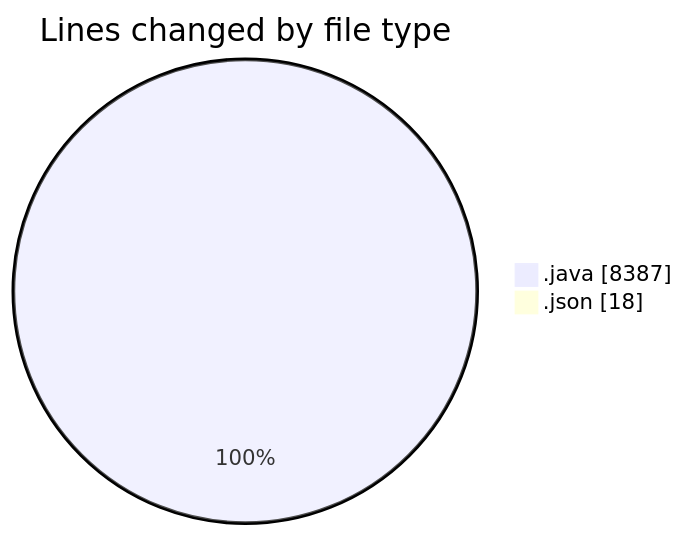
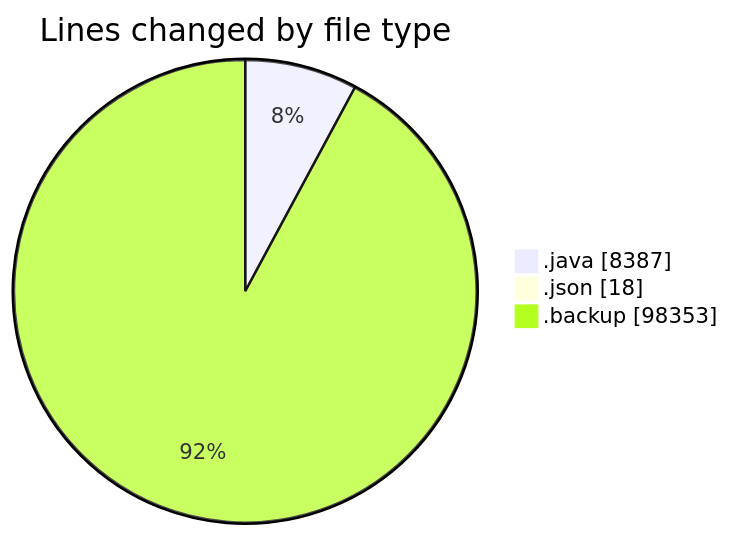
One commit to ricardozamudiocil/code-tracking changed the first of 2 diagrams in 2026-11-17/cilapp/README.md. Above: the diagram before and after it, drawn with Mermaid. The commit also changed other lines of this file and 1 other file, not shown here.

````diff
--- a/2026-11-17/cilapp/README.md
+++ b/2026-11-17/cilapp/README.md
@@ -25,6 +26,7 @@
 ```mermaid
 pie showData
 title Lines changed by file type
 ".java" : 8387
 ".json" : 18
+".backup" : 98353
 ```
````
